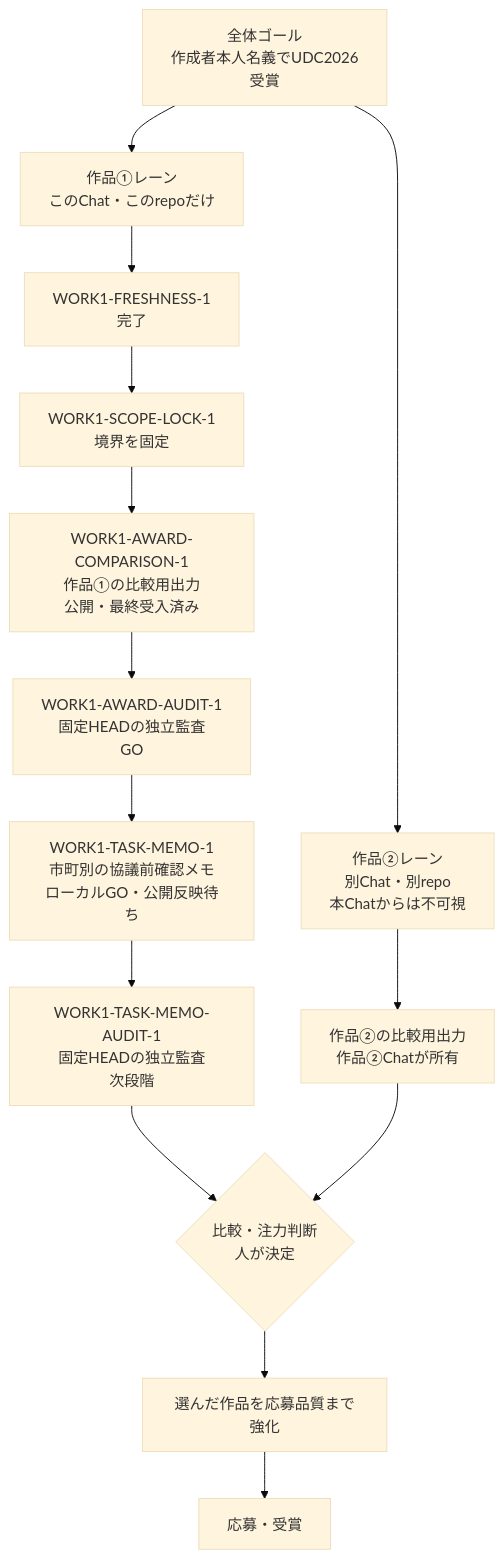
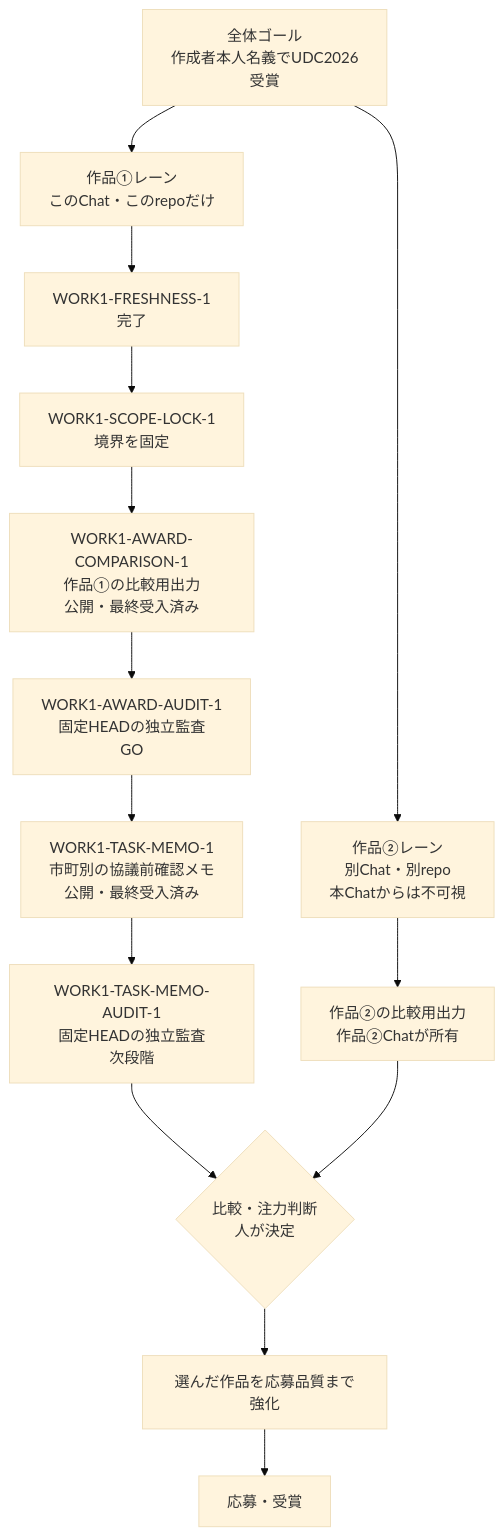
Before and after one commit to yyy-yuichi/yamaguchi-yusho-data: the diagram in WORK_SCOPE.md, drawn with Mermaid (base theme). The commit also changed other lines of this file and 6 other files, not shown here.

Commit message:
Record task memo public acceptance

````diff
--- a/WORK_SCOPE.md
+++ b/WORK_SCOPE.md
@@ -20,22 +20,22 @@
 ```mermaid
 flowchart TD
     G["全体ゴール<br/>作成者本人名義でUDC2026受賞"]
     W1["作品①レーン<br/>このChat・このrepoだけ"]
     W2["作品②レーン<br/>別Chat・別repo<br/>本Chatからは不可視"]
     F["WORK1-FRESHNESS-1<br/>完了"]
     L["WORK1-SCOPE-LOCK-1<br/>境界を固定"]
     C1["WORK1-AWARD-COMPARISON-1<br/>作品①の比較用出力<br/>公開・最終受入済み"]
     A1["WORK1-AWARD-AUDIT-1<br/>固定HEADの独立監査<br/>GO"]
-    M1["WORK1-TASK-MEMO-1<br/>市町別の協議前確認メモ<br/>ローカルGO・公開反映待ち"]
+    M1["WORK1-TASK-MEMO-1<br/>市町別の協議前確認メモ<br/>公開・最終受入済み"]
     A2["WORK1-TASK-MEMO-AUDIT-1<br/>固定HEADの独立監査<br/>次段階"]
     C2["作品②の比較用出力<br/>作品②Chatが所有"]
     D{"比較・注力判断<br/>人が決定"}
     S["選んだ作品を応募品質まで強化"]
     A["応募・受賞"]
 
     G --> W1
     G --> W2
     W1 --> F --> L --> C1 --> A1 --> M1 --> A2 --> D
     W2 --> C2 --> D
     D --> S --> A
 ```
````
